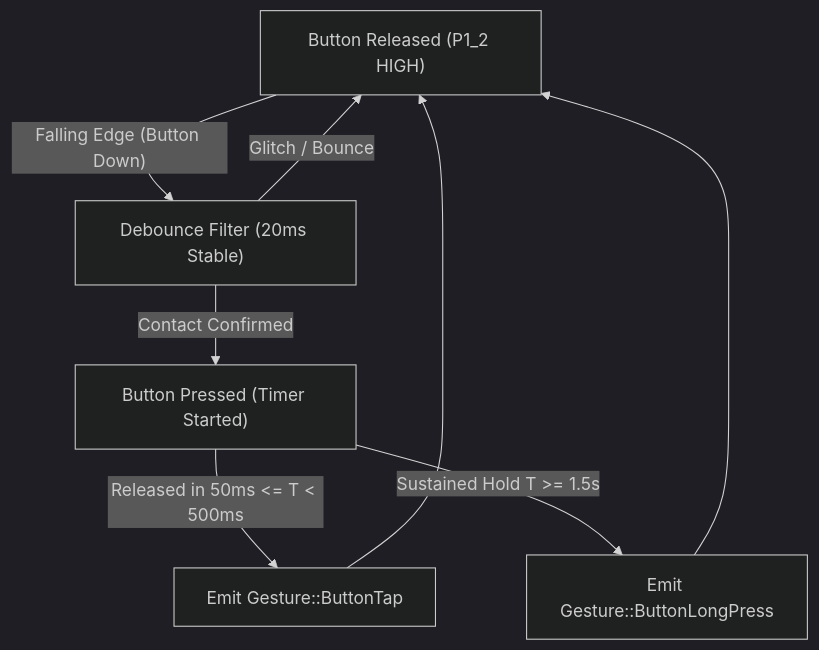
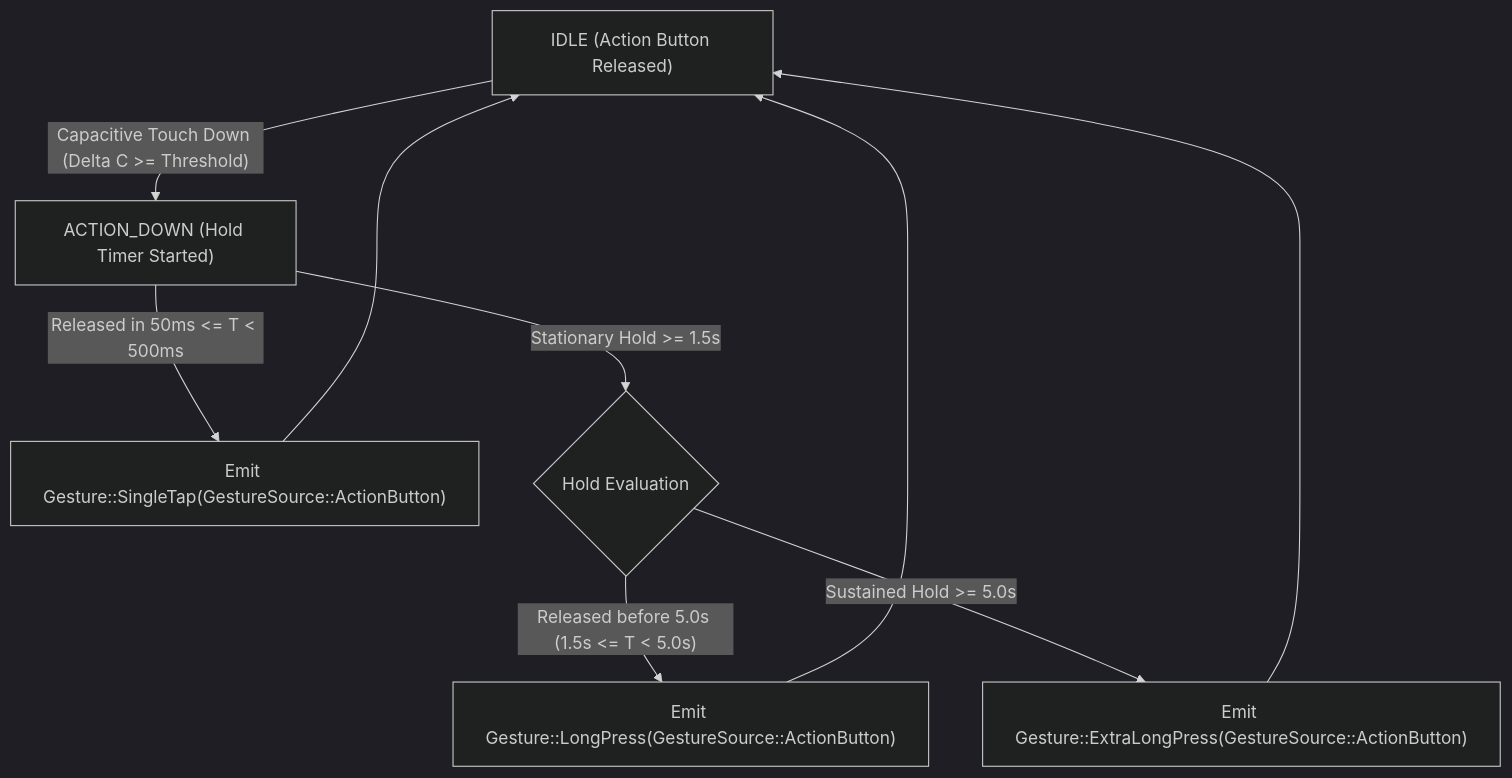
Before and after one commit to picklethecat1488-hue/firmware: the sixth of 7 diagrams in app/carrier_board.md, drawn with Mermaid (dark theme). The commit also changed other lines of this file and 12 other files, not shown here.

Commit message:
docs(carrier_board): resolve CR-77a8f9a feedback for 1F gestures, action button, and core allocation

````diff
--- a/app/carrier_board.md
+++ b/app/carrier_board.md
@@ -965,10 +975,11 @@
 ```mermaid
 flowchart TD
-    BTN_IDLE["Button Released (P1_2 HIGH)"] -->|"Falling Edge (Button Down)"| BTN_DEBOUNCE["Debounce Filter (20ms Stable)"]
-    BTN_DEBOUNCE -->|"Glitch / Bounce"| BTN_IDLE
-    BTN_DEBOUNCE -->|"Contact Confirmed"| BTN_DOWN["Button Pressed (Timer Started)"]
-    BTN_DOWN -->|"Released in 50ms <= T < 500ms"| EMIT_BTN_TAP["Emit Gesture::ButtonTap"]
-    BTN_DOWN -->|"Sustained Hold T >= 1.5s"| EMIT_BTN_LONG["Emit Gesture::ButtonLongPress"]
-    EMIT_BTN_TAP --> BTN_IDLE
-    EMIT_BTN_LONG --> BTN_IDLE
+    ACT_IDLE["IDLE (Action Button Released)"] -->|"Capacitive Touch Down (Delta C >= Threshold)"| ACT_DOWN["ACTION_DOWN (Hold Timer Started)"]
+    ACT_DOWN -->|"Released in 50ms <= T < 500ms"| ACT_EMIT_TAP["Emit Gesture::SingleTap(GestureSource::ActionButton)"]
+    ACT_DOWN -->|"Stationary Hold >= 1.5s"| ACT_EVAL_HOLD{"Hold Evaluation"}
+    ACT_EVAL_HOLD -->|"Released before 5.0s (1.5s <= T < 5.0s)"| ACT_EMIT_LONG["Emit Gesture::LongPress(GestureSource::ActionButton)"]
+    ACT_EVAL_HOLD -->|"Sustained Hold >= 5.0s"| ACT_EMIT_EXTRA["Emit Gesture::ExtraLongPress(GestureSource::ActionButton)"]
+    ACT_EMIT_TAP --> ACT_IDLE
+    ACT_EMIT_LONG --> ACT_IDLE
+    ACT_EMIT_EXTRA --> ACT_IDLE
 ```
````
